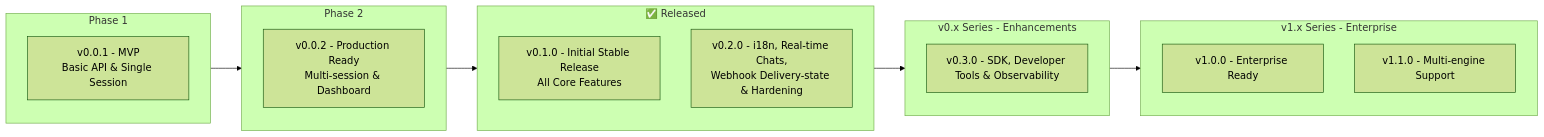
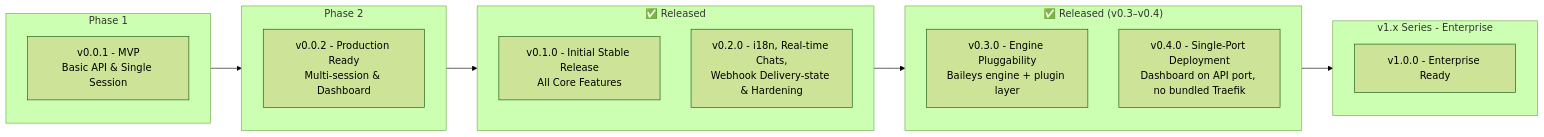
Before and after one commit to nourayman21k/OpenWA: the sixth of 7 diagrams in docs/15-project-roadmap.md, drawn with Mermaid (forest theme). The commit also changed other lines of this file and 16 other files, not shown here.

Commit message:
docs: align all docs with v0.3.0 (pluggable engine) + v0.4.0 (single-port deployment)

````diff
--- a/docs/15-project-roadmap.md
+++ b/docs/15-project-roadmap.md
@@ -492,26 +497,26 @@
 ```mermaid
 flowchart LR
     subgraph Phase1["Phase 1"]
         V001[v0.0.1 - MVP<br/>Basic API & Single Session]
     end
 
     subgraph Phase2["Phase 2"]
         V002[v0.0.2 - Production Ready<br/>Multi-session & Dashboard]
     end
 
     subgraph Stable["✅ Released"]
         V010[v0.1.0 - Initial Stable Release<br/>All Core Features]
         V020[v0.2.0 - i18n, Real-time Chats,<br/>Webhook Delivery-state & Hardening]
     end
 
-    subgraph v0.x["v0.x Series - Enhancements"]
-        V030[v0.3.0 - SDK, Developer Tools & Observability]
+    subgraph v0.x["✅ Released (v0.3–v0.4)"]
+        V030[v0.3.0 - Engine Pluggability<br/>Baileys engine + plugin layer]
+        V040[v0.4.0 - Single-Port Deployment<br/>Dashboard on API port, no bundled Traefik]
     end
 
     subgraph v1.x["v1.x Series - Enterprise"]
         V10[v1.0.0 - Enterprise Ready]
-        V11[v1.1.0 - Multi-engine Support]
     end
 
     Phase1 --> Phase2 --> Stable --> v0.x --> v1.x
 ```
````
